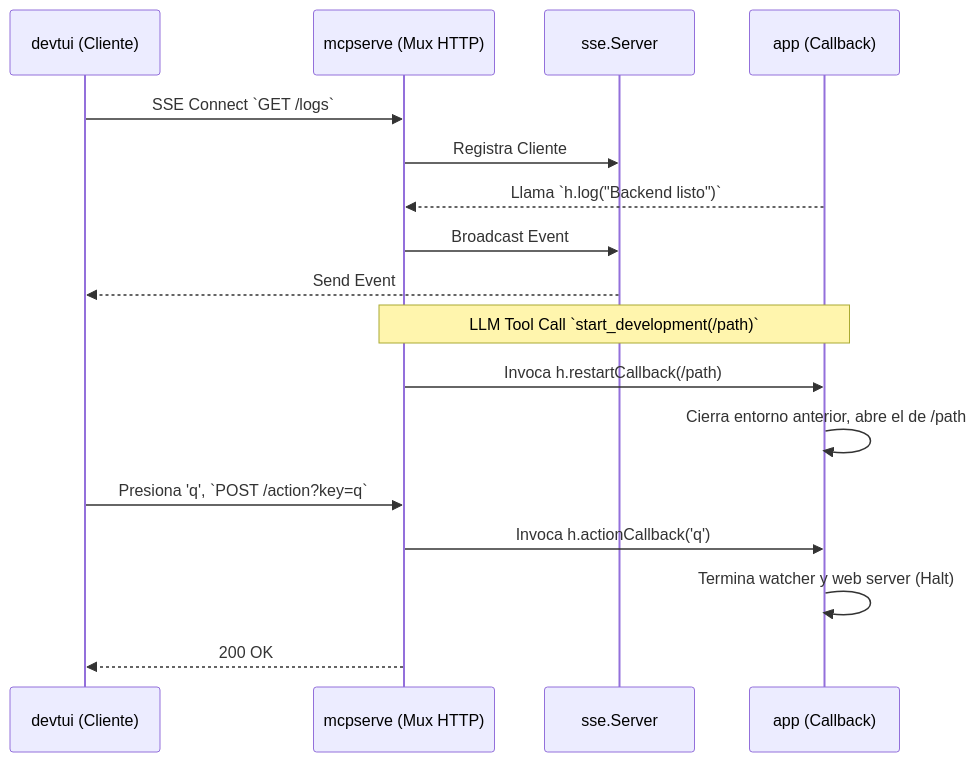
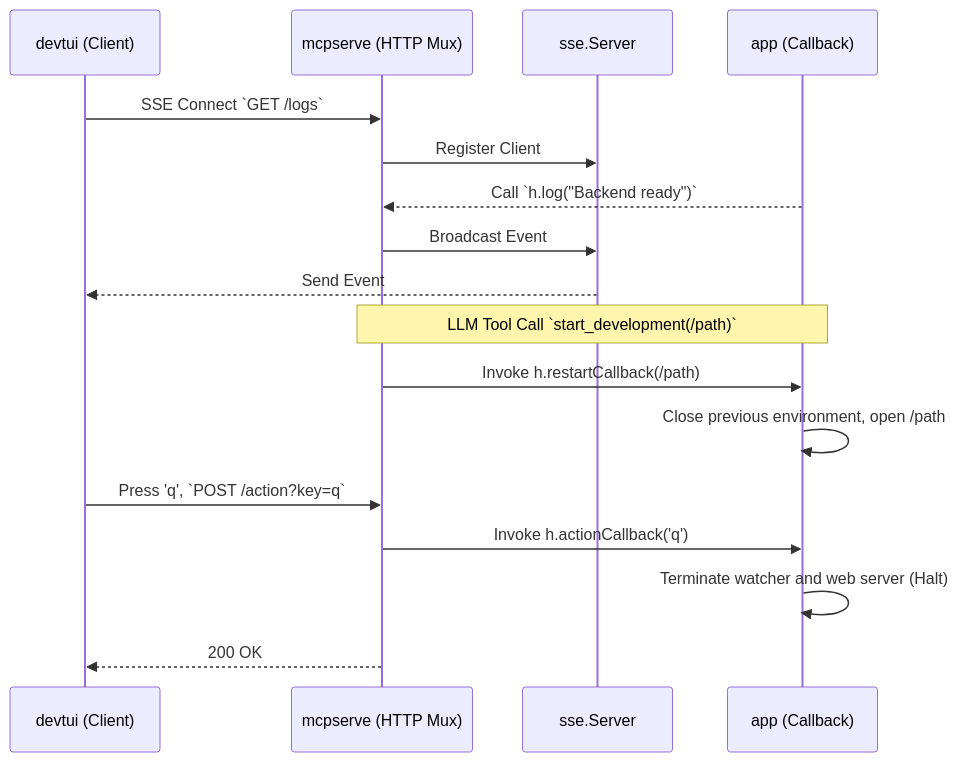
One commit to tinywasm/mcpserve changed the diagram in docs/diagrams/MCP_REFACTOR_FLOW.md. Above: the diagram before and after it, drawn with Mermaid. The commit also changed 1 other file, not shown here.

Commit message:
docs: Translate Spanish terms to English and refine wording in MCP refactor documentation.

````diff
--- a/docs/diagrams/MCP_REFACTOR_FLOW.md
+++ b/docs/diagrams/MCP_REFACTOR_FLOW.md
@@ -1,26 +1,26 @@
 ```mermaid
 sequenceDiagram
-    participant Bubble as devtui (Cliente)
-    participant MCPServer as mcpserve (Mux HTTP)
+    participant Bubble as devtui (Client)
+    participant MCPServer as mcpserve (HTTP Mux)
     participant SSEHub as sse.Server
     participant App as app (Callback)
 
-    %% Rutas del Mux %%
+    %% Mux Routes %%
     Bubble->>MCPServer: SSE Connect `GET /logs`
-    MCPServer->>SSEHub: Registra Cliente
+    MCPServer->>SSEHub: Register Client
     
-    App-->>MCPServer: Llama `h.log("Backend listo")`
+    App-->>MCPServer: Call `h.log("Backend ready")`
     MCPServer->>SSEHub: Broadcast Event
     SSEHub-->>Bubble: Send Event
     
-    %% Manejo de tool_calls %%
+    %% Handling tool_calls %%
     note over MCPServer, App: LLM Tool Call `start_development(/path)`
-    MCPServer->>App: Invoca h.restartCallback(/path)
-    App->>App: Cierra entorno anterior, abre el de /path
+    MCPServer->>App: Invoke h.restartCallback(/path)
+    App->>App: Close previous environment, open /path
     
-    %% Manejo de Key Actions %%
-    Bubble->>MCPServer: Presiona 'q', `POST /action?key=q`
-    MCPServer->>App: Invoca h.actionCallback('q')
-    App->>App: Termina watcher y web server (Halt)
+    %% Handling Key Actions %%
+    Bubble->>MCPServer: Press 'q', `POST /action?key=q`
+    MCPServer->>App: Invoke h.actionCallback('q')
+    App->>App: Terminate watcher and web server (Halt)
     MCPServer-->>Bubble: 200 OK
 ```
````
